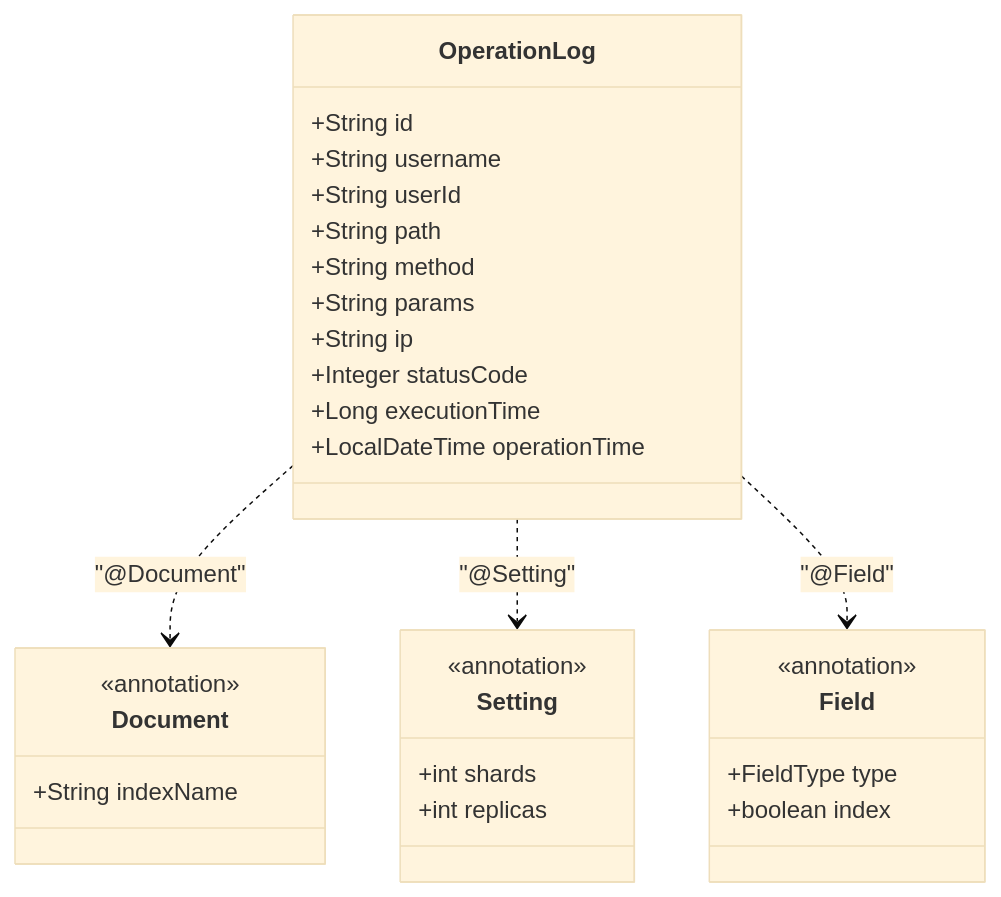
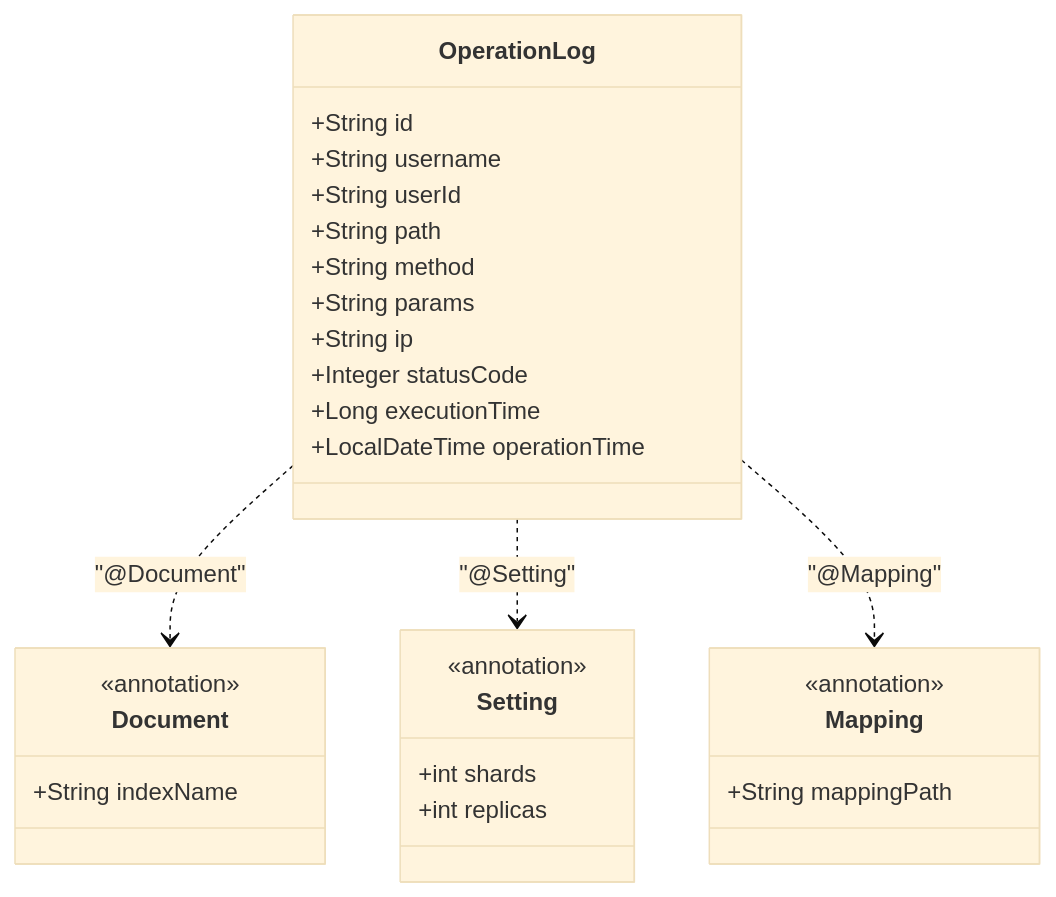
The second of 11 diagrams in .qoder/repowiki/zh/content/操作日志系统/操作日志系统.md (20164206160/zhishilu), drawn with Mermaid (base theme) before and after one commit. The commit also changed other lines of this file and 28 other files, not shown here.

````diff
--- a/.qoder/repowiki/zh/content/操作日志系统/操作日志系统.md
+++ b/.qoder/repowiki/zh/content/操作日志系统/操作日志系统.md
@@ -93,32 +98,31 @@
 ```mermaid
 classDiagram
 class OperationLog {
 +String id
 +String username
 +String userId
 +String path
 +String method
 +String params
 +String ip
 +Integer statusCode
 +Long executionTime
 +LocalDateTime operationTime
 }
 class Document {
 <<annotation>>
 +String indexName
 }
 class Setting {
 <<annotation>>
 +int shards
 +int replicas
 }
-class Field {
+class Mapping {
 <<annotation>>
-+FieldType type
-+boolean index
++String mappingPath
 }
 OperationLog ..> Document : "@Document"
 OperationLog ..> Setting : "@Setting"
-OperationLog ..> Field : "@Field"
+OperationLog ..> Mapping : "@Mapping"
 ```
````
